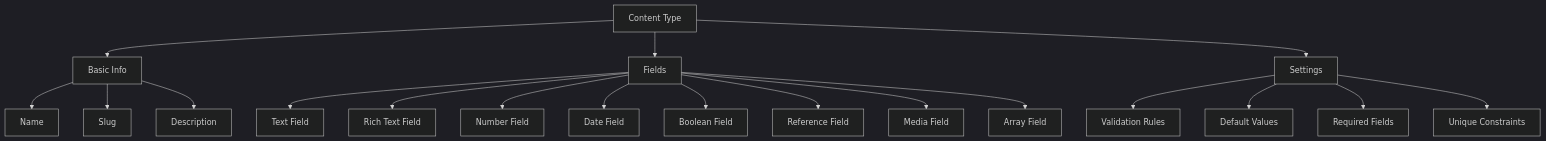
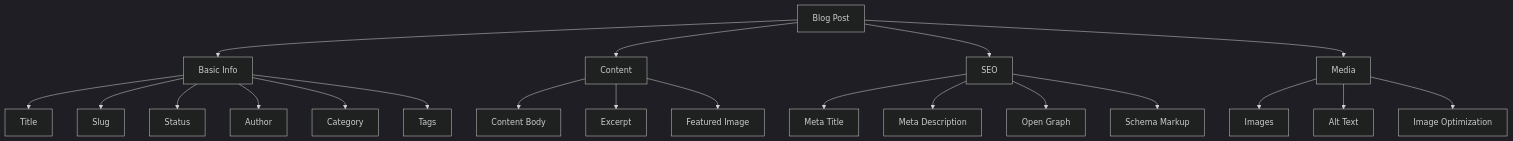
One commit to Dragon745/Content-Management-System changed the fifth of 16 diagrams in SRS.md. Above: the diagram before and after it, drawn with Mermaid (dark theme). The commit also changed other lines of this file and 1 other file, not shown here.

````diff
--- a/SRS.md
+++ b/SRS.md
@@ -381,24 +350,27 @@
 ```mermaid
 graph TD
-    A[Content Type] --> B[Basic Info]
-    A --> C[Fields]
-    A --> D[Settings]
+    A[Blog Post] --> B[Basic Info]
+    A --> C[Content]
+    A --> D[SEO]
+    A --> E[Media]
 
-    B --> B1[Name]
+    B --> B1[Title]
     B --> B2[Slug]
-    B --> B3[Description]
+    B --> B3[Status]
+    B --> B4[Author]
+    B --> B5[Category]
+    B --> B6[Tags]
 
-    C --> C1[Text Field]
-    C --> C2[Rich Text Field]
-    C --> C3[Number Field]
-    C --> C4[Date Field]
-    C --> C5[Boolean Field]
-    C --> C6[Reference Field]
-    C --> C7[Media Field]
-    C --> C8[Array Field]
+    C --> C1[Content Body]
+    C --> C2[Excerpt]
+    C --> C3[Featured Image]
 
-    D --> D1[Validation Rules]
-    D --> D2[Default Values]
-    D --> D3[Required Fields]
-    D --> D4[Unique Constraints]
+    D --> D1[Meta Title]
+    D --> D2[Meta Description]
+    D --> D3[Open Graph]
+    D --> D4[Schema Markup]
+
+    E --> E1[Images]
+    E --> E2[Alt Text]
+    E --> E3[Image Optimization]
 ```
````
